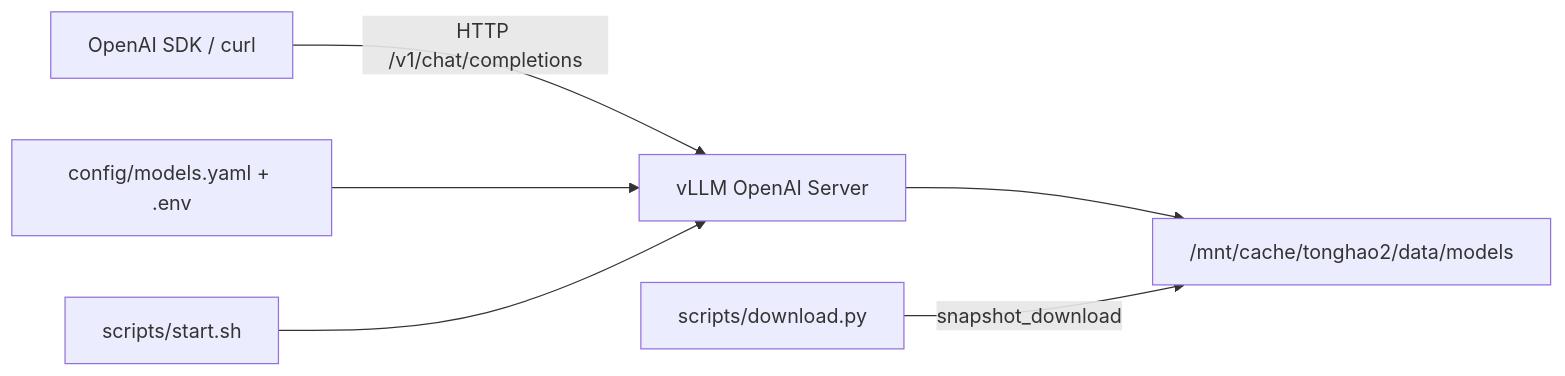
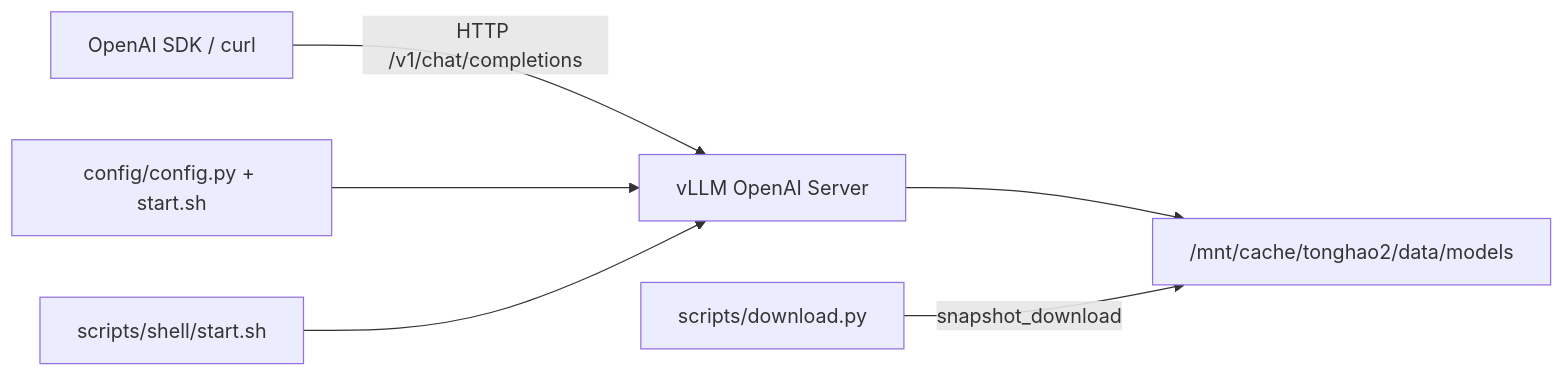
Before and after one commit to EmiyaredA/vllm-model-server: the diagram in README.md, drawn with Mermaid. The commit also changed other lines of this file and 9 other files, not shown here.

````diff
--- a/README.md
+++ b/README.md
@@ -316,8 +304,8 @@
 ```mermaid
 flowchart LR
     Client[OpenAI SDK / curl] -->|HTTP /v1/chat/completions| VLLM[vLLM OpenAI Server]
     VLLM --> Models["/mnt/cache/tonghao2/data/models"]
     Scripts[scripts/download.py] -->|snapshot_download| Models
-    Config[config/models.yaml + .env] --> VLLM
-    Start[scripts/start.sh] --> VLLM
+    Config[config/config.py + start.sh] --> VLLM
+    Start[scripts/shell/start.sh] --> VLLM
 ```
````
